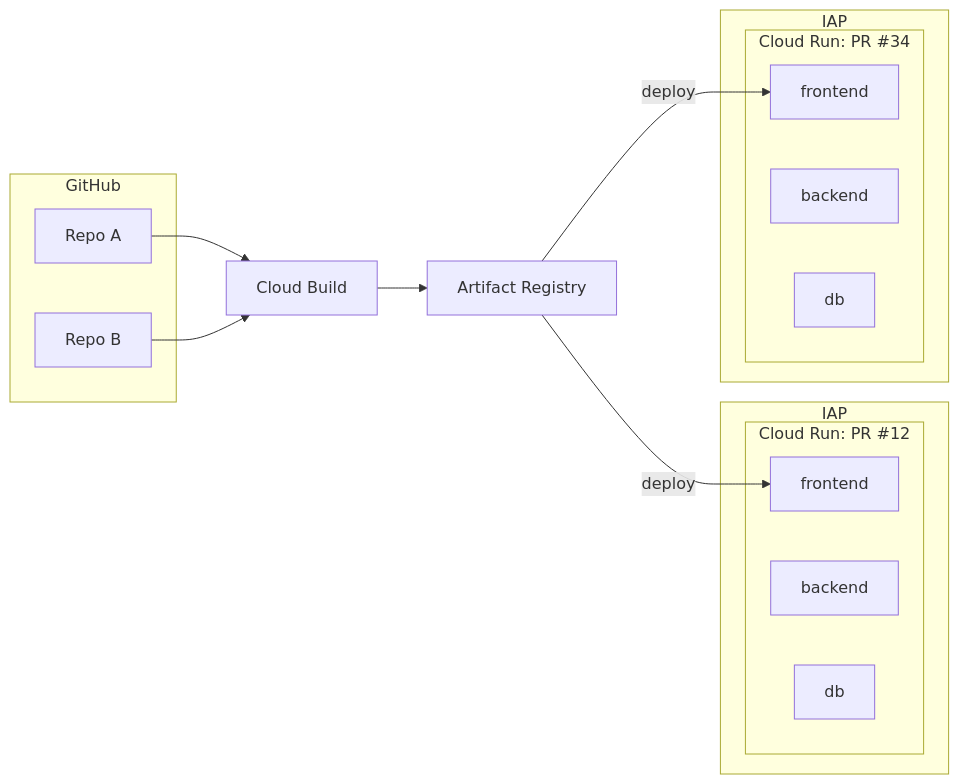
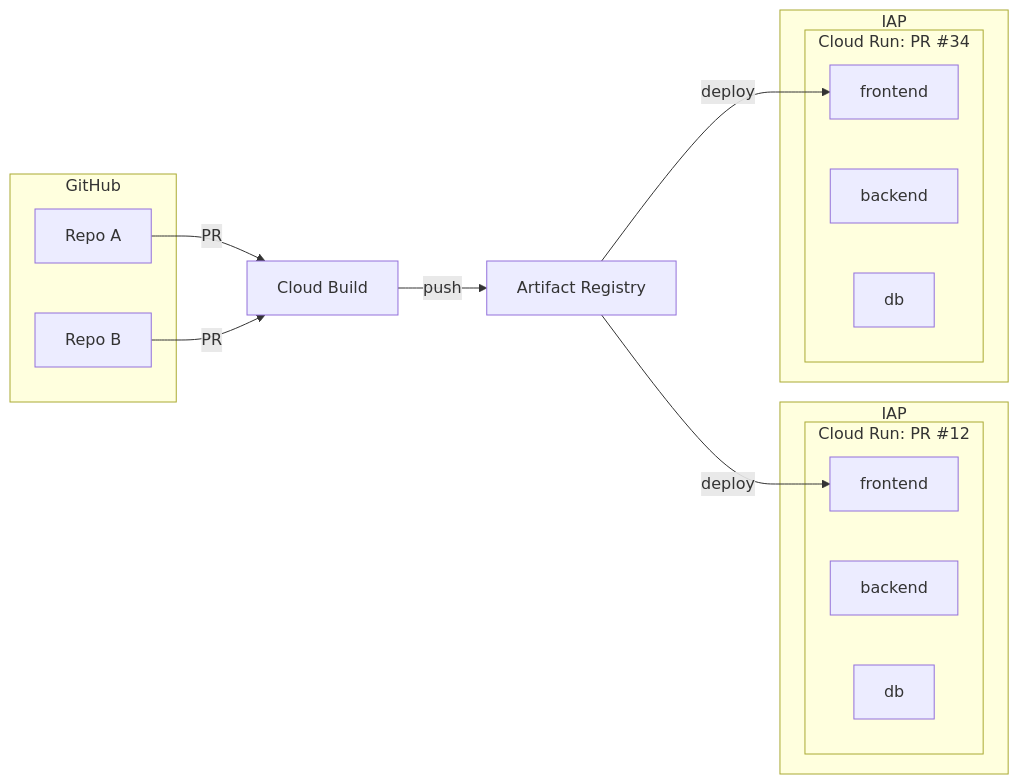
Before and after one commit to gawakawa/prenv: the diagram in README.md, drawn with Mermaid.

Commit message:
:art: Label PR and push edges in mermaid diagram

````diff
--- a/README.md
+++ b/README.md
@@ -9,29 +9,29 @@
 ```mermaid
 flowchart LR
     subgraph "GitHub"
         repoA[Repo A]
         repoB[Repo B]
     end
 
-    repoA --> build[Cloud Build]
-    repoB --> build
-    build --> ar[Artifact Registry]
+    repoA -->|PR| build[Cloud Build]
+    repoB -->|PR| build
+    build -->|push| ar[Artifact Registry]
 
     subgraph iapA["IAP"]
         subgraph "Cloud Run: PR #12"
             f1[frontend]
             b1[backend]
             d1[db]
         end
     end
     subgraph iapB["IAP"]
         subgraph "Cloud Run: PR #34"
             f2[frontend]
             b2[backend]
             d2[db]
         end
     end
 
     ar -->|deploy| f1
     ar -->|deploy| f2
 ```
````
